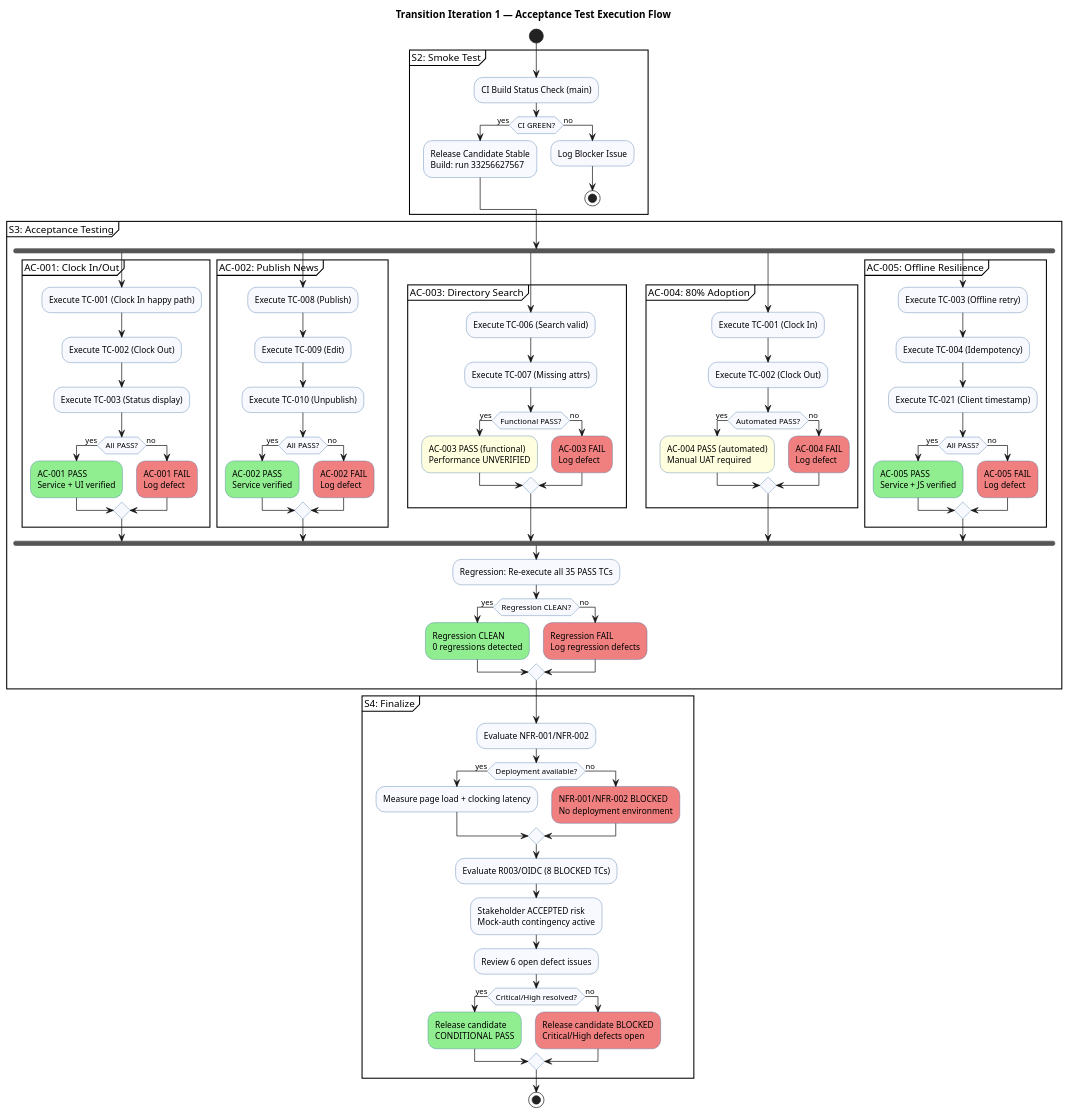
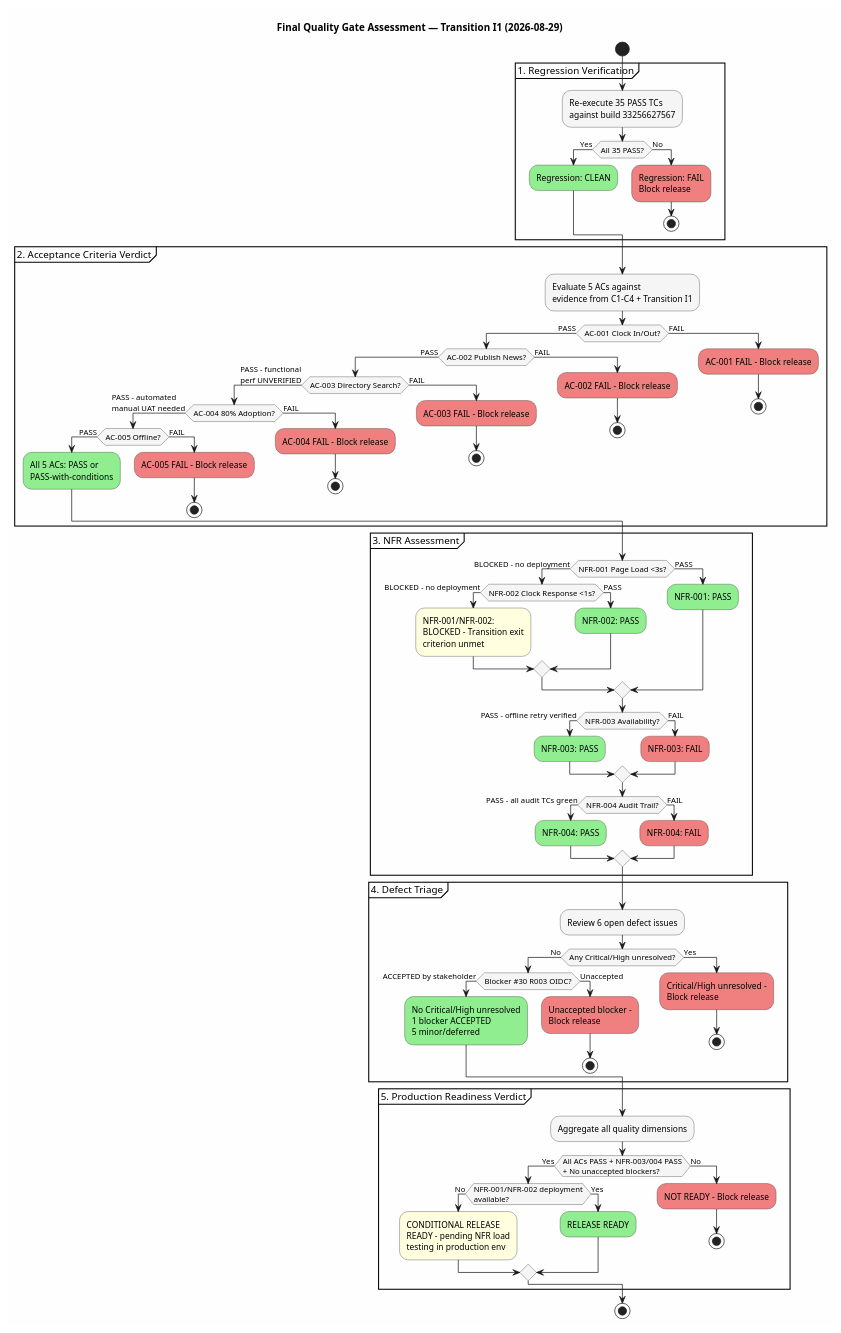
Before and after one commit to banense-test/portal-cuba-corp: the diagram in docs/artifacts/test/test-case.md, drawn with PlantUML. The commit also changed other lines of this file, not shown here.

Commit message:
Test Analyst [T1]: upsert Test Case
[skip ci]

````diff
--- a/docs/artifacts/test/test-case.md
+++ b/docs/artifacts/test/test-case.md
@@ -114,104 +49,102 @@
 ```plantuml
 @startuml
-title Transition Iteration 1 — Acceptance Test Execution Flow
+title Final Quality Gate Assessment — Transition I1 (2026-08-29)
 
-skinparam activityBackgroundColor #F8F8FF
-skinparam activityBorderColor #336699
+skinparam backgroundColor #FEFEFE
 skinparam shadowing false
+skinparam activityBorderColor #333333
+skinparam activityBackgroundColor #F5F5F5
 
 start
 
-partition "S2: Smoke Test" {
-  :CI Build Status Check (main);
-  if (CI GREEN?) then (yes)
-    :Release Candidate Stable\nBuild: run 33256627567;
-  else (no)
-    :Log Blocker Issue;
+partition "1. Regression Verification" {
+  :Re-execute 35 PASS TCs\nagainst build 33256627567;
+  if (All 35 PASS?) then (Yes)
+    #LightGreen:Regression: CLEAN;
+  else (No)
+    #LightCoral:Regression: FAIL\nBlock release;
     stop
   endif
 }
 
-partition "S3: Acceptance Testing" {
-  
-  fork
-    partition "AC-001: Clock In/Out" {
-      :Execute TC-001 (Clock In happy path);
-      :Execute TC-002 (Clock Out);
-      :Execute TC-003 (Status display);
-      if (All PASS?) then (yes)
-        #LightGreen:AC-001 PASS\nService + UI verified;
-      else (no)
-        #LightCoral:AC-001 FAIL\nLog defect;
+partition "2. Acceptance Criteria Verdict" {
+  :Evaluate 5 ACs against\nevidence from C1-C4 + Transition I1;
+  if (AC-001 Clock In/Out?) then (PASS)
+    if (AC-002 Publish News?) then (PASS)
+      if (AC-003 Directory Search?) then (PASS - functional\nperf UNVERIFIED)
+        if (AC-004 80% Adoption?) then (PASS - automated\nmanual UAT needed)
+          if (AC-005 Offline?) then (PASS)
+            #LightGreen:All 5 ACs: PASS or\nPASS-with-conditions;
+          else (FAIL)
+            #LightCoral:AC-005 FAIL - Block release;
+            stop
+          endif
+        else (FAIL)
+          #LightCoral:AC-004 FAIL - Block release;
+          stop
+        endif
+      else (FAIL)
+        #LightCoral:AC-003 FAIL - Block release;
+        stop
       endif
-    }
-  fork again
-    partition "AC-002: Publish News" {
-      :Execute TC-008 (Publish);
-      :Execute TC-009 (Edit);
-      :Execute TC-010 (Unpublish);
-      if (All PASS?) then (yes)
-        #LightGreen:AC-002 PASS\nService verified;
-      else (no)
-        #LightCoral:AC-002 FAIL\nLog defect;
-      endif
-    }
-  fork again
-    partition "AC-003: Directory Search" {
-      :Execute TC-006 (Search valid);
-      :Execute TC-007 (Missing attrs);
-      if (Functional PASS?) then (yes)
-        #LightYellow:AC-003 PASS (functional)\nPerformance UNVERIFIED;
-      else (no)
-        #LightCoral:AC-003 FAIL\nLog defect;
-      endif
-    }
-  fork again
-    partition "AC-004: 80% Adoption" {
-      :Execute TC-001 (Clock In);
-      :Execute TC-002 (Clock Out);
-      if (Automated PASS?) then (yes)
-        #LightYellow:AC-004 PASS (automated)\nManual UAT required;
-      else (no)
-        #LightCoral:AC-004 FAIL\nLog defect;
-      endif
-    }
-  fork again
-    partition "AC-005: Offline Resilience" {
-      :Execute TC-003 (Offline retry);
-      :Execute TC-004 (Idempotency);
-      :Execute TC-021 (Client timestamp);
-      if (All PASS?) then (yes)
-        #LightGreen:AC-005 PASS\nService + JS verified;
-      else (no)
-        #LightCoral:AC-005 FAIL\nLog defect;
-      endif
-    }
-  end fork
-  
-  :Regression: Re-execute all 35 PASS TCs;
-  if (Regression CLEAN?) then (yes)
-    #LightGreen:Regression CLEAN\n0 regressions detected;
-  else (no)
-    #LightCoral:Regression FAIL\nLog regression defects;
+    else (FAIL)
+      #LightCoral:AC-002 FAIL - Block release;
+      stop
+    endif
+  else (FAIL)
+    #LightCoral:AC-001 FAIL - Block release;
+    stop
   endif
 }
 
-partition "S4: Finalize" {
-  :Evaluate NFR-001/NFR-002;
-  if (Deployment available?) then (yes)
-    :Measure page load + clocking latency;
-  else (no)
-    #LightCoral:NFR-001/NFR-002 BLOCKED\nNo deployment environment;
+partition "3. NFR Assessment" {
+  if (NFR-001 Page Load <3s?) then (BLOCKED - no deployment)
+    if (NFR-002 Clock Response <1s?) then (BLOCKED - no deployment)
+      #LightYellow:NFR-001/NFR-002:\nBLOCKED - Transition exit\ncriterion unmet;
+    else (PASS)
+      #LightGreen:NFR-002: PASS;
+    endif
+  else (PASS)
+    #LightGreen:NFR-001: PASS;
   endif
-  
-  :Evaluate R003/OIDC (8 BLOCKED TCs);
-  :Stakeholder ACCEPTED risk\nMock-auth contingency active;
-  
+  if (NFR-003 Availability?) then (PASS - offline retry verified)
+    #LightGreen:NFR-003: PASS;
+  else (FAIL)
+    #LightCoral:NFR-003: FAIL;
+  endif
+  if (NFR-004 Audit Trail?) then (PASS - all audit TCs green)
+    #LightGreen:NFR-004: PASS;
+  else (FAIL)
+    #LightCoral:NFR-004: FAIL;
+  endif
+}
+
+partition "4. Defect Triage" {
   :Review 6 open defect issues;
-  if (Critical/High resolved?) then (yes)
-    #LightGreen:Release candidate\nCONDITIONAL PASS;
-  else (no)
-    #LightCoral:Release candidate BLOCKED\nCritical/High defects open;
+  if (Any Critical/High unresolved?) then (No)
+    if (Blocker #30 R003 OIDC?) then (ACCEPTED by stakeholder)
+      #LightGreen:No Critical/High unresolved\n1 blocker ACCEPTED\n5 minor/deferred;
+    else (Unaccepted)
+      #LightCoral:Unaccepted blocker -\nBlock release;
+      stop
+    endif
+  else (Yes)
+    #LightCoral:Critical/High unresolved -\nBlock release;
+    stop
+  endif
+}
+
+partition "5. Production Readiness Verdict" {
+  :Aggregate all quality dimensions;
+  if (All ACs PASS + NFR-003/004 PASS\n+ No unaccepted blockers?) then (Yes)
+    if (NFR-001/NFR-002 deployment\navailable?) then (No)
+      #LightYellow:CONDITIONAL RELEASE\nREADY - pending NFR load\ntesting in production env;
+    else (Yes)
+      #LightGreen:RELEASE READY;
+    endif
+  else (No)
+    #LightCoral:NOT READY - Block release;
+    stop
   endif
 }
 
````
